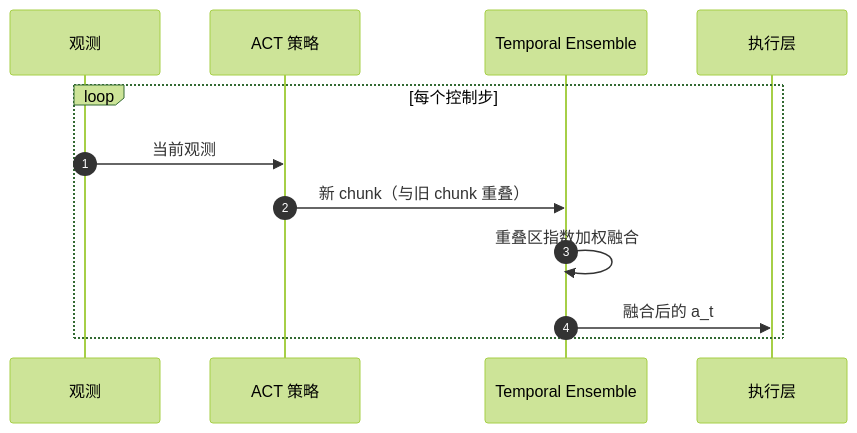
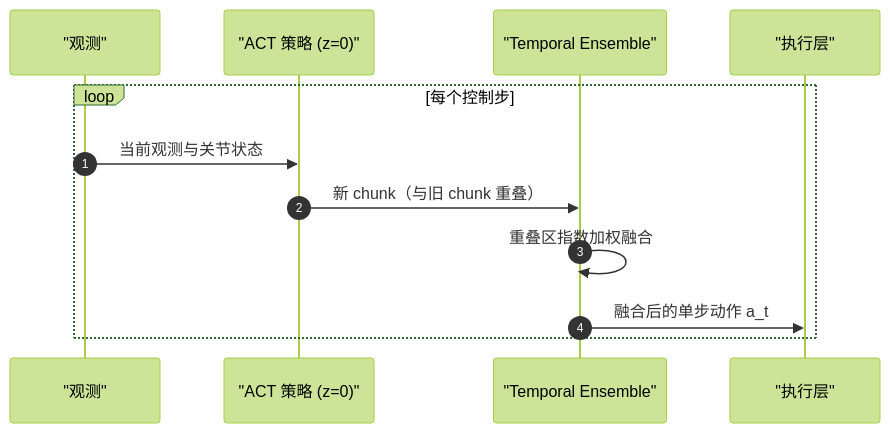
The second of 2 diagrams in wiki/concepts/receding-horizon-policy-execution.md (ImChong/Robotics_Notebooks), drawn with Mermaid (forest theme) before and after one commit. The commit also changed other lines of this file and 51 other files, not shown here.

````diff
--- a/wiki/concepts/receding-horizon-policy-execution.md
+++ b/wiki/concepts/receding-horizon-policy-execution.md
@@ -95,14 +100,14 @@
 ```mermaid
 sequenceDiagram
     autonumber
-    participant Obs as 观测
-    participant ACT as ACT 策略
-    participant TE as Temporal Ensemble
-    participant Exec as 执行层
+    participant Obs as "观测"
+    participant ACT as "ACT 策略 (z=0)"
+    participant TE as "Temporal Ensemble"
+    participant Exec as "执行层"
     loop 每个控制步
-        Obs->>ACT: 当前观测
+        Obs->>ACT: 当前观测与关节状态
         ACT->>TE: 新 chunk（与旧 chunk 重叠）
         TE->>TE: 重叠区指数加权融合
-        TE->>Exec: 融合后的 a_t
+        TE->>Exec: 融合后的单步动作 a_t
     end
 ```
````
